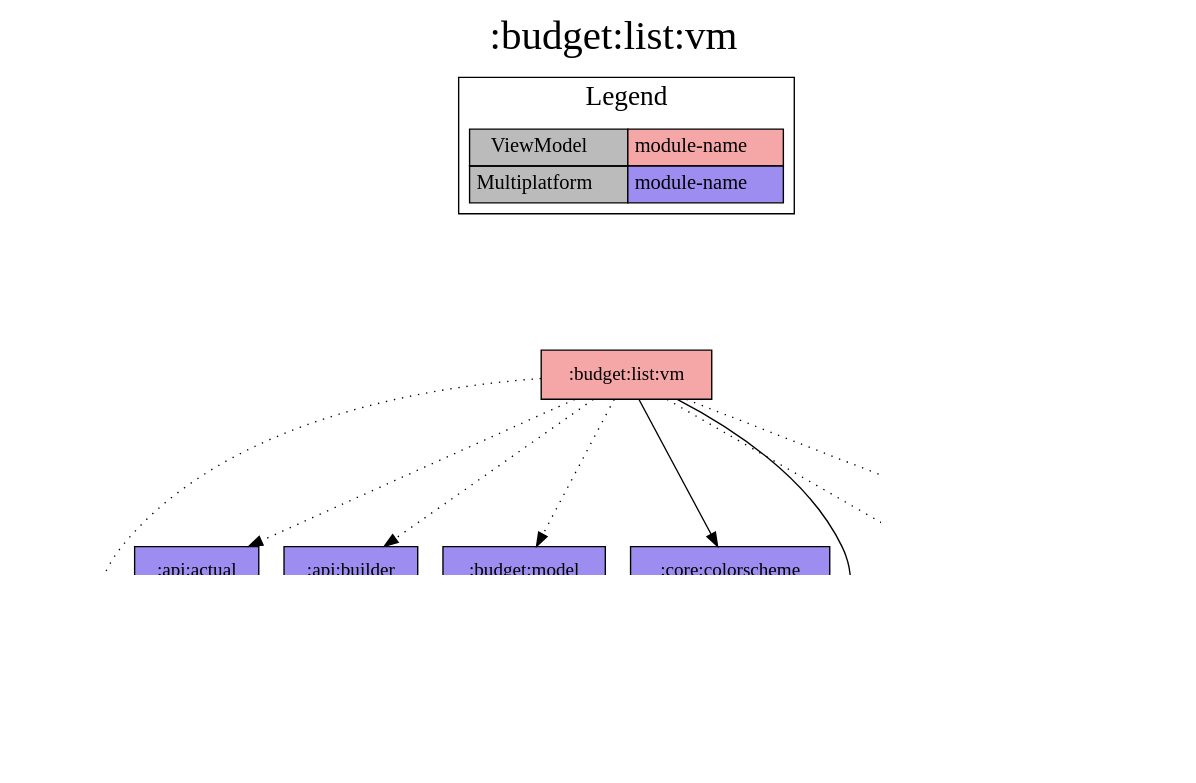
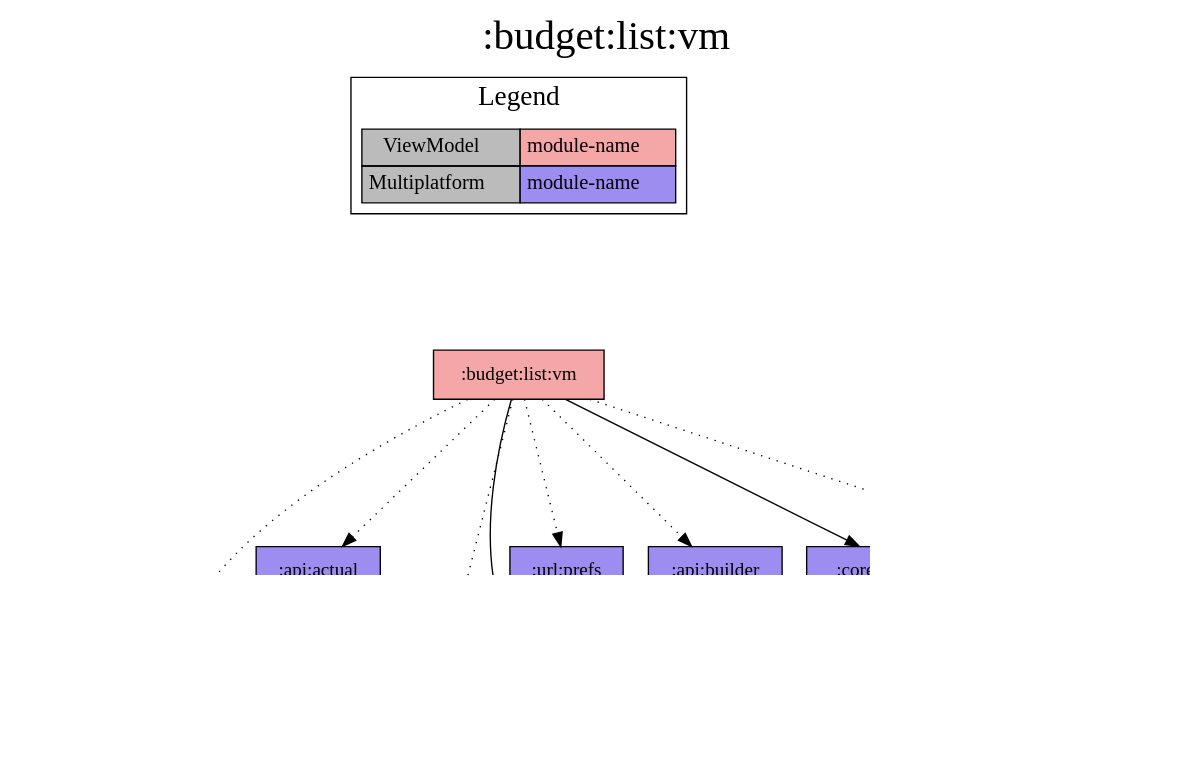
Before and after one commit to jonapoul/aktual: the diagram in modules/budget/list/vm/project-dependency-graph.dot, drawn with Graphviz. The commit also changed 86 other files, not shown here.

```diff
--- a/modules/budget/list/vm/project-dependency-graph.dot
+++ b/modules/budget/list/vm/project-dependency-graph.dot
@@ -1,44 +1,45 @@
 digraph {
 edge ["dir"="forward"]
 graph ["dpi"="100","label"=":budget:list:vm","labelloc"="t","fontsize"="30","ranksep"="1.5","rankdir"="TB"]
 node ["style"="filled"]
 ":account:model" ["fillcolor"="#9D8DF1","shape"="box"]
 ":api:actual" ["fillcolor"="#9D8DF1","shape"="box"]
 ":api:builder" ["fillcolor"="#9D8DF1","shape"="box"]
 ":api:core" ["fillcolor"="#9D8DF1","shape"="box"]
 ":budget:list:vm" ["fillcolor"="#F5A6A6","shape"="box"]
 ":budget:model" ["fillcolor"="#9D8DF1","shape"="box"]
 ":core:buildconfig" ["fillcolor"="#9D8DF1","shape"="box"]
 ":core:colorscheme" ["fillcolor"="#9D8DF1","shape"="box"]
 ":core:versions" ["fillcolor"="#9D8DF1","shape"="box"]
 ":url:model" ["fillcolor"="#9D8DF1","shape"="box"]
 ":url:prefs" ["fillcolor"="#9D8DF1","shape"="box"]
 {
 edge ["dir"="none"]
 graph ["rank"="same"]
 }
 ":api:actual" -> ":account:model"
 ":api:actual" -> ":api:core"
+":api:actual" -> ":budget:model"
 ":api:actual" -> ":url:model"
 ":api:builder" -> ":url:model"
 ":budget:list:vm" -> ":account:model" ["style"="dotted"]
 ":budget:list:vm" -> ":api:actual" ["style"="dotted"]
 ":budget:list:vm" -> ":api:builder" ["style"="dotted"]
 ":budget:list:vm" -> ":budget:model" ["style"="dotted"]
 ":budget:list:vm" -> ":core:colorscheme"
 ":budget:list:vm" -> ":core:versions" ["style"="dotted"]
 ":budget:list:vm" -> ":url:model"
 ":budget:list:vm" -> ":url:prefs" ["style"="dotted"]
 ":core:versions" -> ":core:buildconfig"
 ":url:prefs" -> ":url:model"
 subgraph "cluster_legend" {
 edge ["dir"="none"]
 graph ["label"="Legend","fontsize"="20"]
 "Legend" ["style"="filled","fillcolor"="#bbbbbb","shape"="none","margin"="0","fontsize"="15","label"=<
 <TABLE BORDER="0" CELLBORDER="1" CELLSPACING="0" CELLPADDING="4">
 <TR><TD>ViewModel</TD><TD BGCOLOR="#F5A6A6">module-name</TD></TR>
 <TR><TD>Multiplatform</TD><TD BGCOLOR="#9D8DF1">module-name</TD></TR>
 </TABLE>
 >]
 } -> ":budget:list:vm" ["style"="invis"]
 }
```
